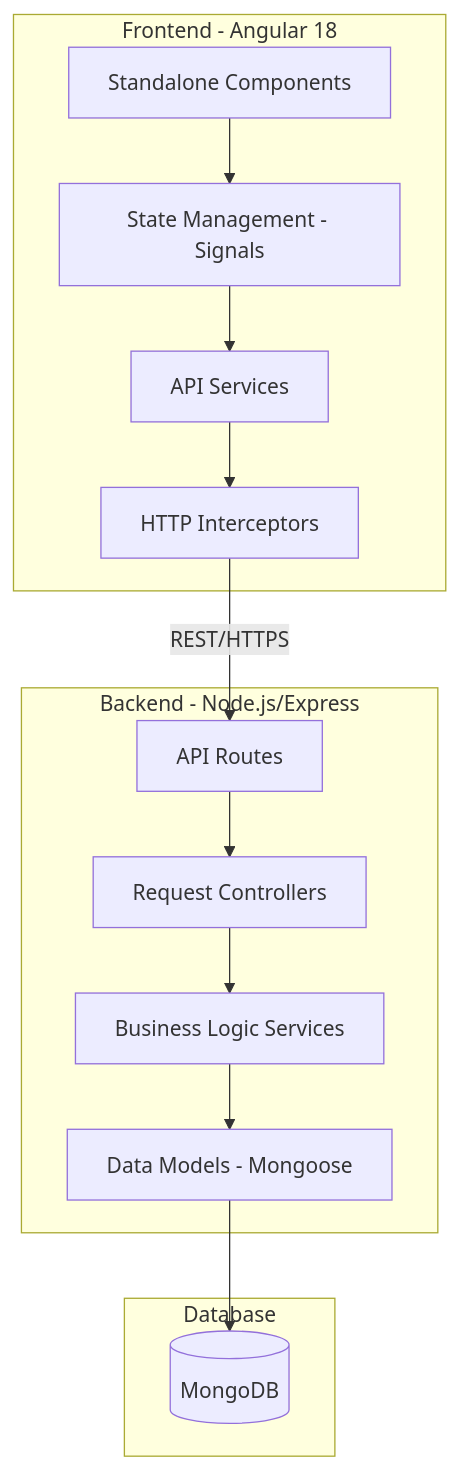
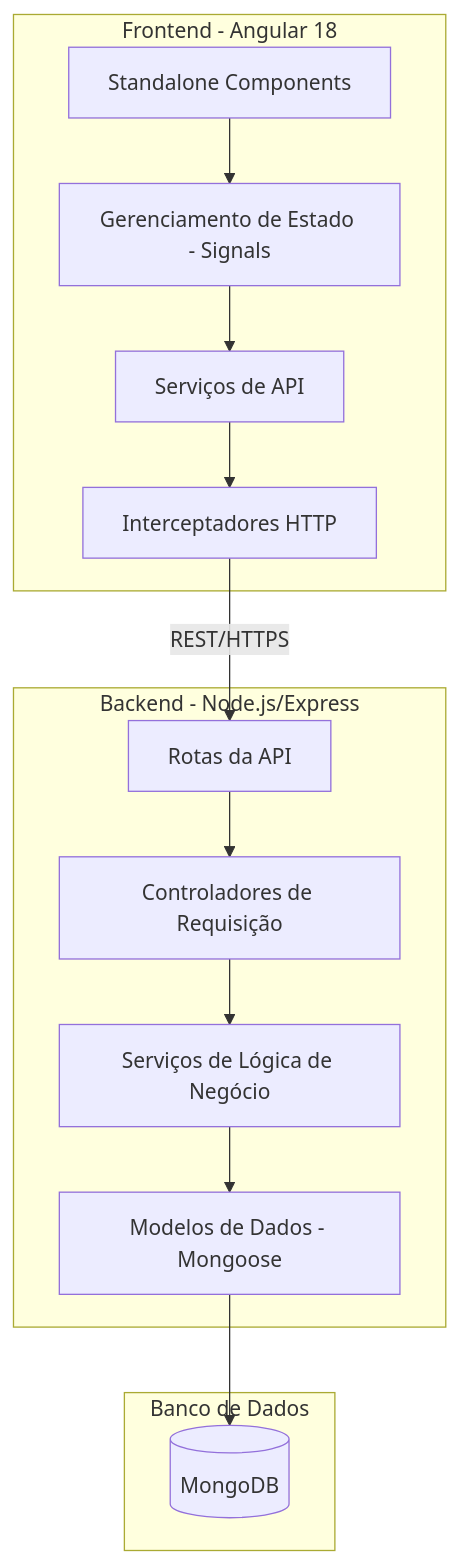
The diagram in README.md (Isllanrx/Estoquei), drawn with Mermaid before and after one commit. The commit also changed other lines of this file, not shown here.

````diff
--- a/README.md
+++ b/README.md
@@ -9,29 +9,29 @@
 ```mermaid
 graph TD
     subgraph Client [Frontend - Angular 18]
         UI[Standalone Components]
-        Signals[State Management - Signals]
-        Services[API Services]
-        Interceptors[HTTP Interceptors]
+        Signals[Gerenciamento de Estado - Signals]
+        Services[Serviços de API]
+        Interceptors[Interceptadores HTTP]
         UI --> Signals
         Signals --> Services
         Services --> Interceptors
     end
 
     subgraph Server [Backend - Node.js/Express]
-        Routes[API Routes]
-        Controllers[Request Controllers]
-        BServices[Business Logic Services]
-        Models[Data Models - Mongoose]
+        Routes[Rotas da API]
+        Controllers[Controladores de Requisição]
+        BServices[Serviços de Lógica de Negócio]
+        Models[Modelos de Dados - Mongoose]
         Routes --> Controllers
         Controllers --> BServices
         BServices --> Models
     end
 
-    subgraph Persistence [Database]
+    subgraph Persistence [Banco de Dados]
         DB[(MongoDB)]
         Models --> DB
     end
 
     Interceptors -- REST/HTTPS --> Routes
 ```
````
